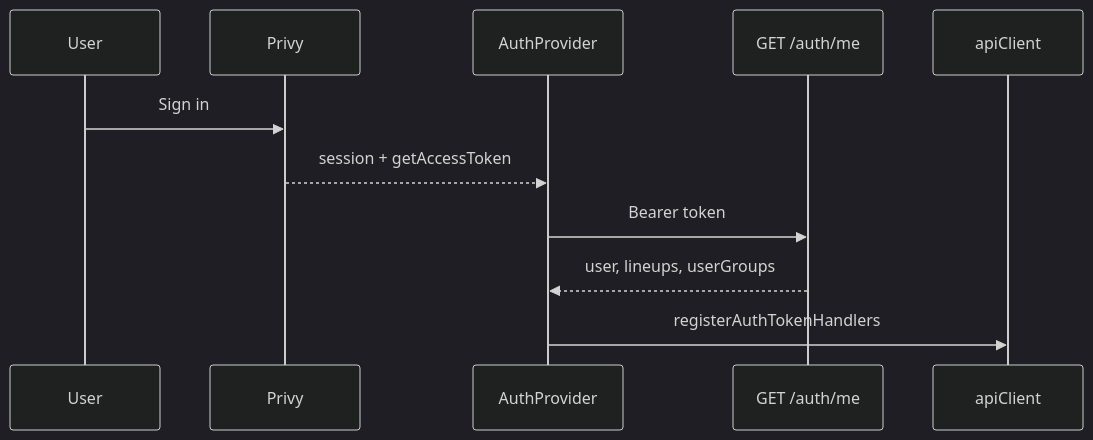
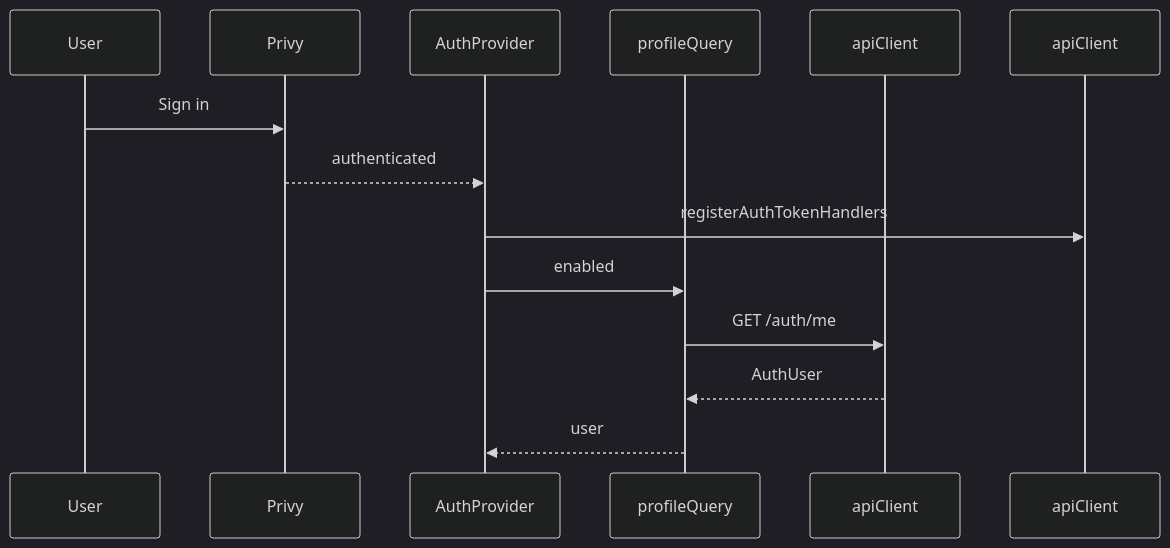
The fifth of 5 diagrams in spec/client/data-flow.md (MagRelo/cut), drawn with Mermaid (dark theme) before and after one commit. The commit also changed other lines of this file and 13 other files, not shown here.

````diff
--- a/spec/client/data-flow.md
+++ b/spec/client/data-flow.md
@@ -152,13 +152,16 @@
 ```mermaid
 sequenceDiagram
   participant User
   participant Privy
   participant Auth as AuthProvider
-  participant API as GET /auth/me
+  participant RQ as profileQuery
+  participant API as apiClient
 
   User->>Privy: Sign in
-  Privy-->>Auth: session + getAccessToken
-  Auth->>API: Bearer token
-  API-->>Auth: user, lineups, userGroups
+  Privy-->>Auth: authenticated
   Auth->>apiClient: registerAuthTokenHandlers
+  Auth->>RQ: enabled
+  RQ->>API: GET /auth/me
+  API-->>RQ: AuthUser
+  RQ-->>Auth: user
 ```
````
